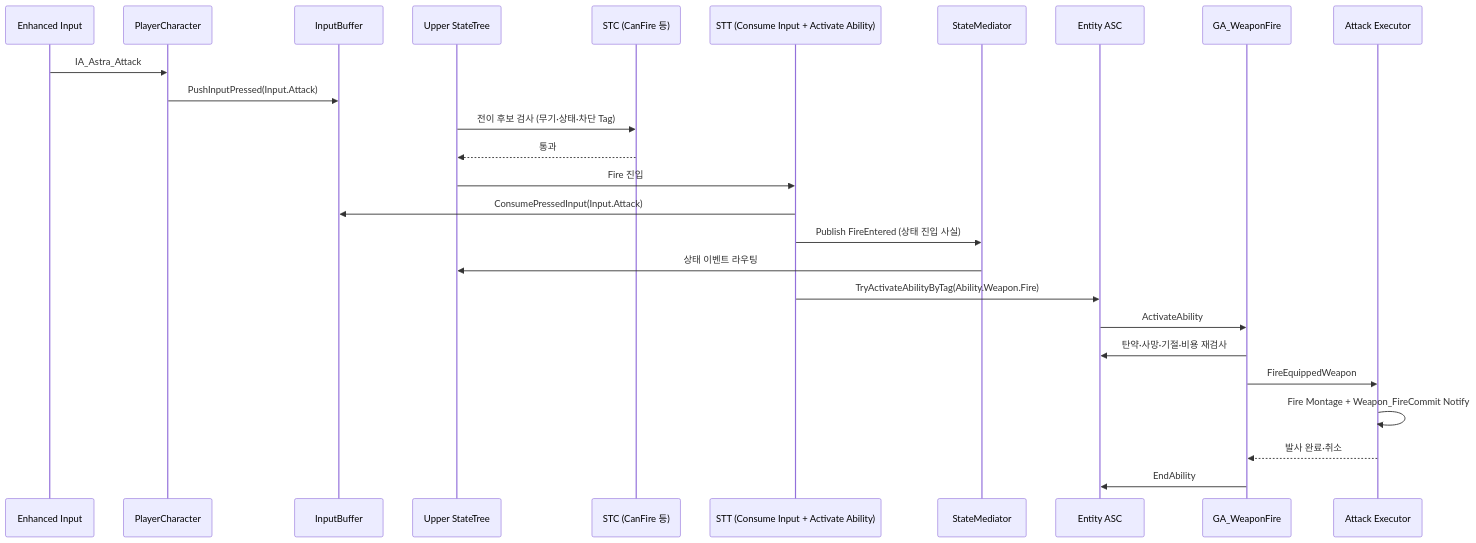
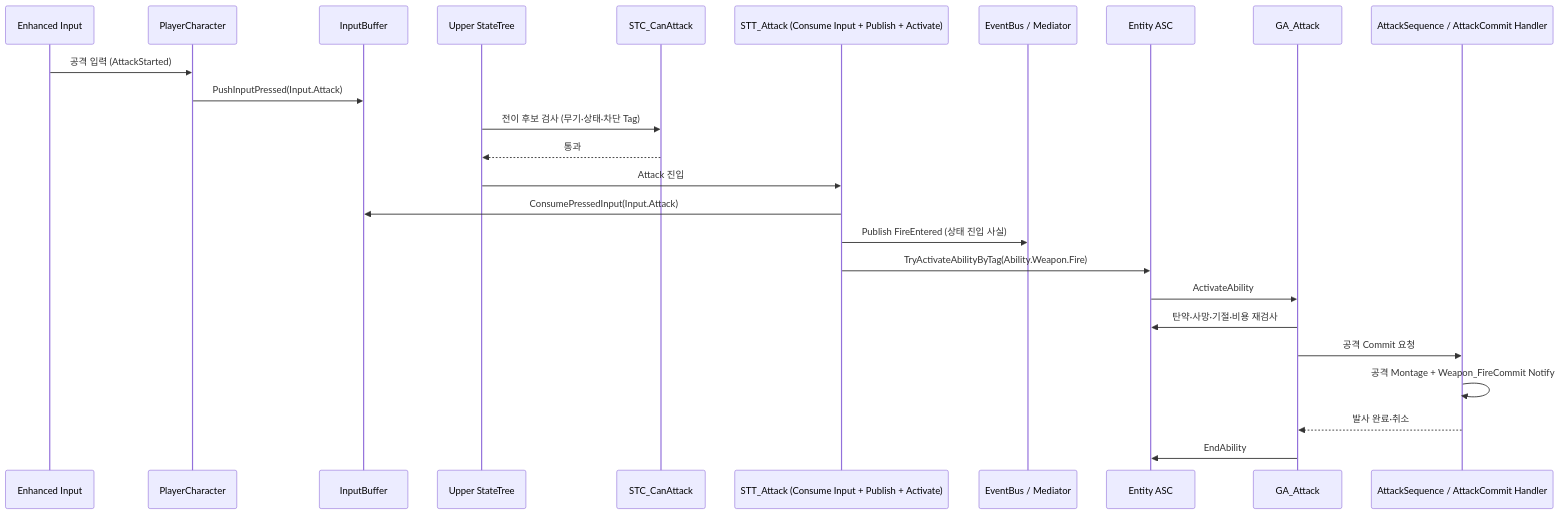
One commit to liang2papa/Astra_Docs changed the diagram in Wiki/03_시스템 설계/StateTree와 GAS.md. Above: the diagram before and after it, drawn with Mermaid. The commit also changed other lines of this file and 38 other files, not shown here.

````diff
--- a/Wiki/03_시스템 설계/StateTree와 GAS.md
+++ b/Wiki/03_시스템 설계/StateTree와 GAS.md
@@ -115,29 +118,28 @@
 ```mermaid
 sequenceDiagram
     participant Input as Enhanced Input
     participant Character as PlayerCharacter
     participant Buffer as InputBuffer
     participant Upper as Upper StateTree
-    participant STC as STC (CanFire 등)
-    participant Task as STT (Consume Input + Activate Ability)
-    participant Mediator as StateMediator
+    participant STC as STC_CanAttack
+    participant Task as STT_Attack (Consume Input + Publish + Activate)
+    participant Bus as EventBus / Mediator
     participant ASC as Entity ASC
-    participant GA as GA_WeaponFire
-    participant Executor as Attack Executor
+    participant GA as GA_Attack
+    participant Handler as AttackSequence / AttackCommit Handler
 
-    Input->>Character: IA_Astra_Attack
+    Input->>Character: 공격 입력 (AttackStarted)
     Character->>Buffer: PushInputPressed(Input.Attack)
     Upper->>STC: 전이 후보 검사 (무기·상태·차단 Tag)
     STC-->>Upper: 통과
-    Upper->>Task: Fire 진입
+    Upper->>Task: Attack 진입
     Task->>Buffer: ConsumePressedInput(Input.Attack)
-    Task->>Mediator: Publish FireEntered (상태 진입 사실)
-    Mediator->>Upper: 상태 이벤트 라우팅
+    Task->>Bus: Publish FireEntered (상태 진입 사실)
     Task->>ASC: TryActivateAbilityByTag(Ability.Weapon.Fire)
     ASC->>GA: ActivateAbility
     GA->>ASC: 탄약·사망·기절·비용 재검사
-    GA->>Executor: FireEquippedWeapon
-    Executor->>Executor: Fire Montage + Weapon_FireCommit Notify
-    Executor-->>GA: 발사 완료·취소
+    GA->>Handler: 공격 Commit 요청
+    Handler->>Handler: 공격 Montage + Weapon_FireCommit Notify
+    Handler-->>GA: 발사 완료·취소
     GA->>ASC: EndAbility
 ```
````
